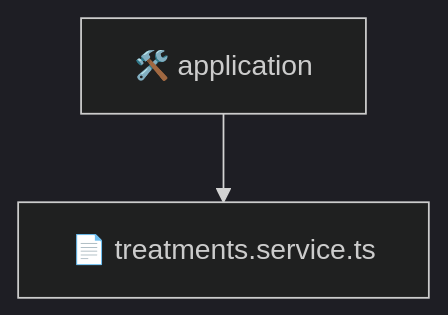
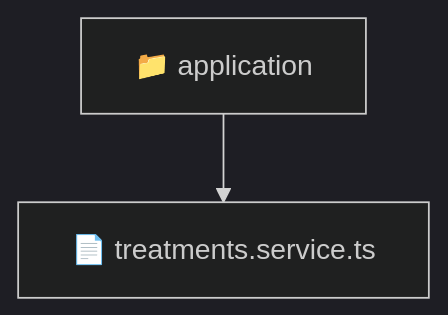
Before and after one commit to beginwebdev2002/fullstack-mavluda: the diagram in backend/src/modules/treatments/application/README.md, drawn with Mermaid (dark theme). The commit also changed other lines of this file and 159 other files, not shown here.

````diff
--- a/backend/src/modules/treatments/application/README.md
+++ b/backend/src/modules/treatments/application/README.md
@@ -11,5 +9,5 @@
 ```mermaid
 graph TD
-  application["🛠️ application"]
-  application --> application_treatments_service_ts["📄 treatments.service.ts"]
+  Root["📁 application"]
+  Root --> treatments_service_ts["📄 treatments.service.ts"]
 ```
````
